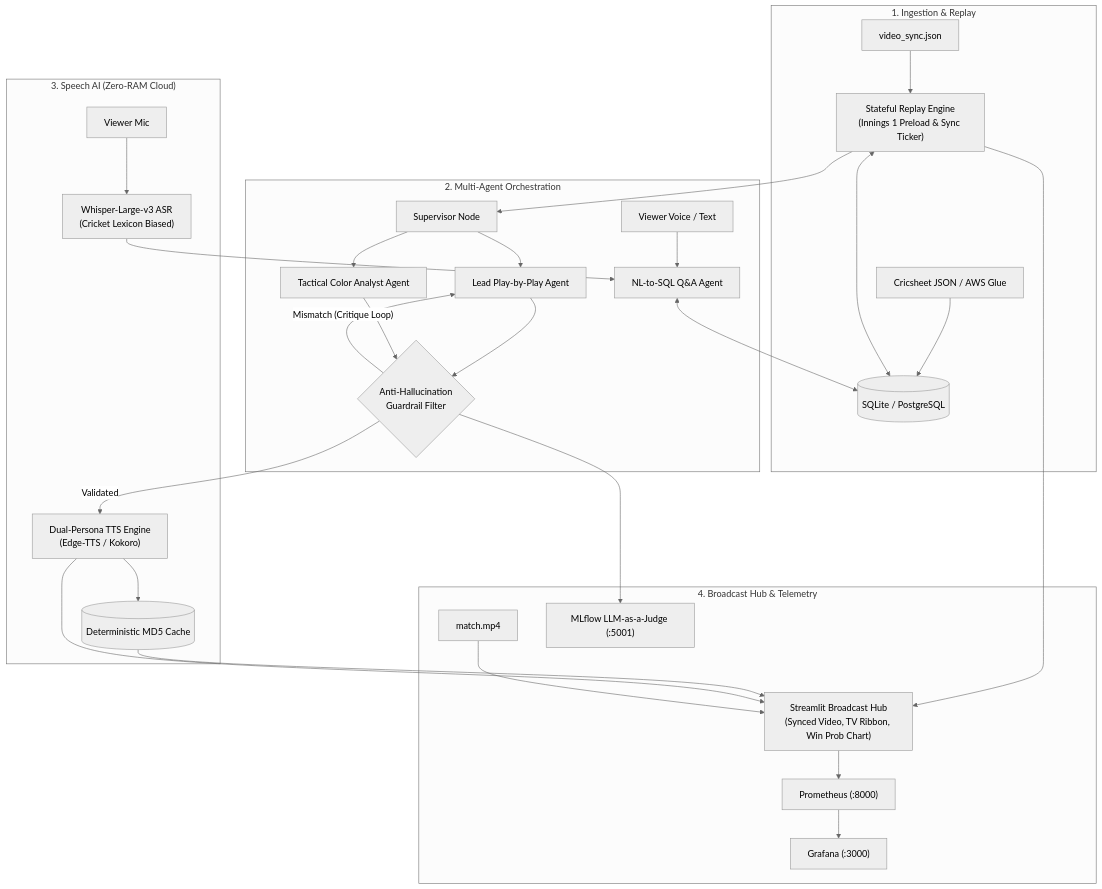
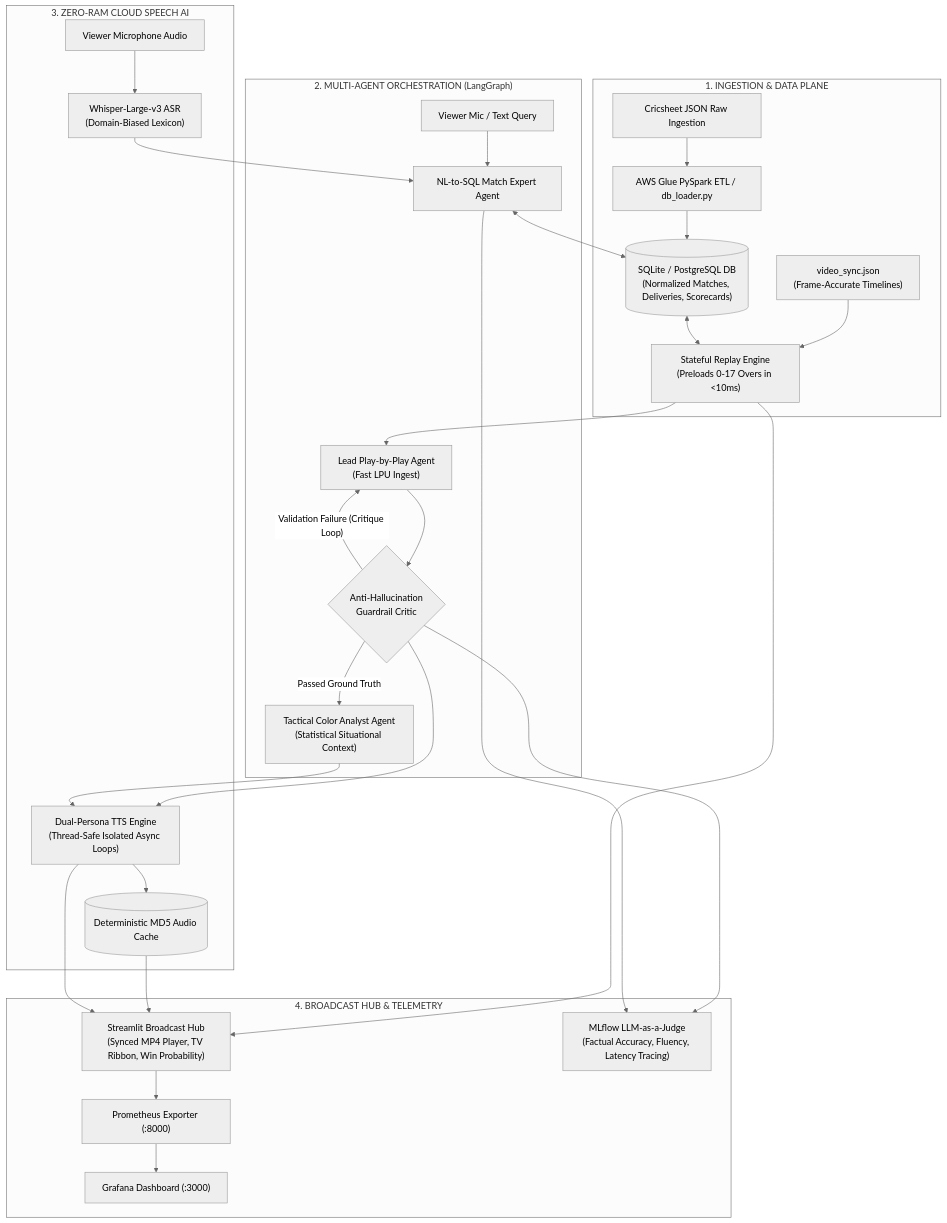
Before and after one commit to saravanakarthikeyanA/Autonomous-Multilingual-Sports-Commentary-Broadcast-Intelligence-Engine: the diagram in README.md, drawn with Mermaid (neutral theme). The commit also changed other lines of this file, not shown here.

````diff
--- a/README.md
+++ b/README.md
@@ -17,32 +38,31 @@
 ```mermaid
 flowchart TD
-    subgraph Ingestion["1. Ingestion & Replay"]
-        A["Cricsheet JSON / AWS Glue"] --> B[("SQLite / PostgreSQL")]
-        C["video_sync.json"] --> D["Stateful Replay Engine\n(Innings 1 Preload & Sync Ticker)"]
-        D <--> B
+    subgraph S1["1. INGESTION & DATA PLANE"]
+        A["Cricsheet JSON Raw Ingestion"] --> B["AWS Glue PySpark ETL / db_loader.py"]
+        B --> C[("SQLite / PostgreSQL DB\n(Normalized Matches, Deliveries, Scorecards)")]
+        D["video_sync.json\n(Frame-Accurate Timelines)"] --> E["Stateful Replay Engine\n(Preloads 0-17 Overs in <10ms)"]
+        C <--> E
     end
 
-    subgraph MultiAgent["2. Multi-Agent Orchestration"]
-        D --> E["Supervisor Node"]
-        E --> F["Lead Play-by-Play Agent"]
-        E --> G["Tactical Color Analyst Agent"]
-        H["Viewer Voice / Text"] --> I["NL-to-SQL Q&A Agent"]
-        I <--> B
-        F & G --> J{"Anti-Hallucination\nGuardrail Filter"}
-        J -- "Mismatch (Critique Loop)" --> F
+    subgraph S2["2. MULTI-AGENT ORCHESTRATION (LangGraph)"]
+        E --> F["Lead Play-by-Play Agent\n(Fast LPU Ingest)"]
+        F --> G{"Anti-Hallucination\nGuardrail Critic"}
+        G -- "Validation Failure (Critique Loop)" --> F
+        G -- "Passed Ground Truth" --> H["Tactical Color Analyst Agent\n(Statistical Situational Context)"]
+        I["Viewer Mic / Text Query"] --> J["NL-to-SQL Match Expert Agent"]
+        J <--> C
     end
 
-    subgraph Speech["3. Speech AI (Zero-RAM Cloud)"]
-        K["Viewer Mic"] --> L["Whisper-Large-v3 ASR\n(Cricket Lexicon Biased)"]
-        L --> I
-        J -- "Validated" --> M["Dual-Persona TTS Engine\n(Edge-TTS / Kokoro)"]
-        M --> N[("Deterministic MD5 Cache")]
+    subgraph S3["3. ZERO-RAM CLOUD SPEECH AI"]
+        K["Viewer Microphone Audio"] --> L["Whisper-Large-v3 ASR\n(Domain-Biased Lexicon)"]
+        L --> J
+        G & H --> M["Dual-Persona TTS Engine\n(Thread-Safe Isolated Async Loops)"]
+        M --> N[("Deterministic MD5 Audio Cache")]
     end
 
-    subgraph Presentation["4. Broadcast Hub & Telemetry"]
-        D & N & M --> O["Streamlit Broadcast Hub\n(Synced Video, TV Ribbon, Win Prob Chart)"]
-        P["match.mp4"] --> O
-        O --> Q["Prometheus (:8000)"] --> R["Grafana (:3000)"]
-        J --> S["MLflow LLM-as-a-Judge (:5001)"]
+    subgraph S4["4. BROADCAST HUB & TELEMETRY"]
+        E & N & M --> O["Streamlit Broadcast Hub\n(Synced MP4 Player, TV Ribbon, Win Probability)"]
+        O --> P["Prometheus Exporter (:8000)"] --> Q["Grafana Dashboard (:3000)"]
+        G & J --> R["MLflow LLM-as-a-Judge\n(Factual Accuracy, Fluency, Latency Tracing)"]
     end
 ```
````
